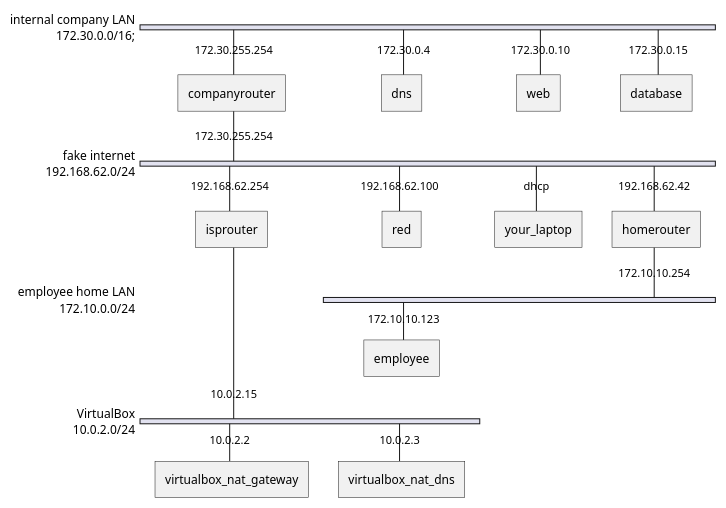
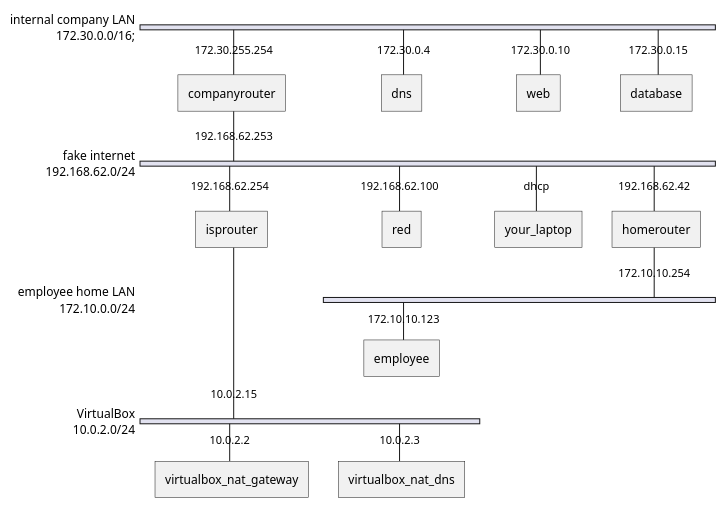
Before and after one commit to nealjoos/cybersecurity-advanced-lab: the diagram in README.md, drawn with PlantUML. The commit also changed other lines of this file and 4 other files, not shown here.

````diff
--- a/README.md
+++ b/README.md
@@ -21,43 +21,43 @@
 ```puml
 @startuml
 nwdiag {
     network internal {
         address = 172.30.0.0/16;
         description = "internal company LAN";
 
         companyrouter [address = "172.30.255.254"];
         dns [address = "172.30.0.4"];
         web [address = "172.30.0.10"];
         database [address = "172.30.0.15"];
     }
 
     network hostonly {
         address = "192.168.62.0/24";
         description = "fake internet";
 
-        companyrouter [address = "172.30.255.254"];
+        companyrouter [address = "192.168.62.253"];
         isprouter [address = "192.168.62.254"];
         red [address = "192.168.62.100"];
         your_laptop [address = "dhcp"];
         homerouter [address = "192.168.62.42"];
     }
 
     network employee {
         address = "172.10.0.0/24";
         description = "employee home LAN";
 
         homerouter [address = "172.10.10.254"];
         employee [address = "172.10.10.123"];
     }
 
     network nat {
         address = "10.0.2.0/24";
         description = "VirtualBox";
 
         isprouter [address = "10.0.2.15"];
         virtualbox_nat_gateway [address = "10.0.2.2"];
         virtualbox_nat_dns [address = "10.0.2.3"];
     }
 }
 @enduml
 ```
````
